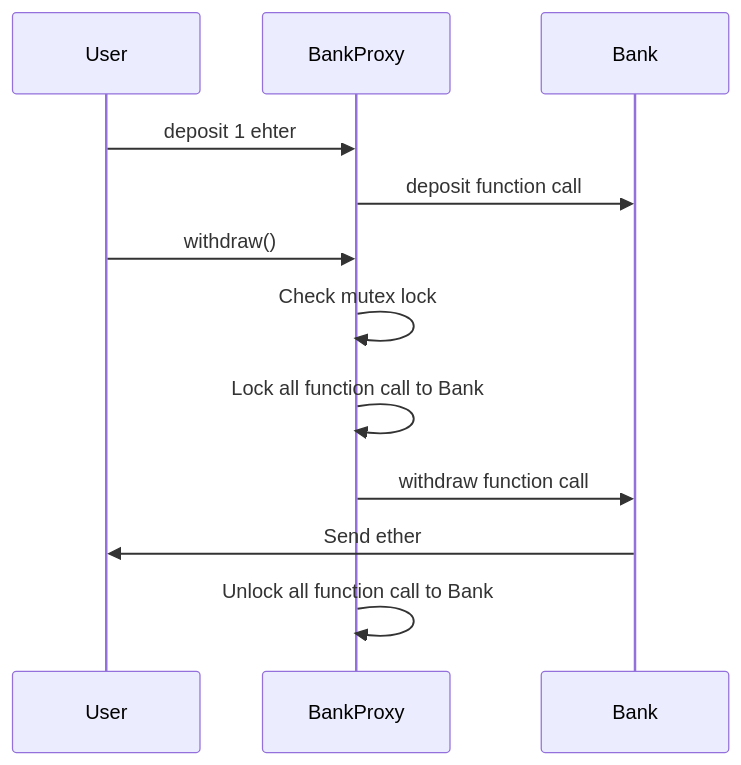
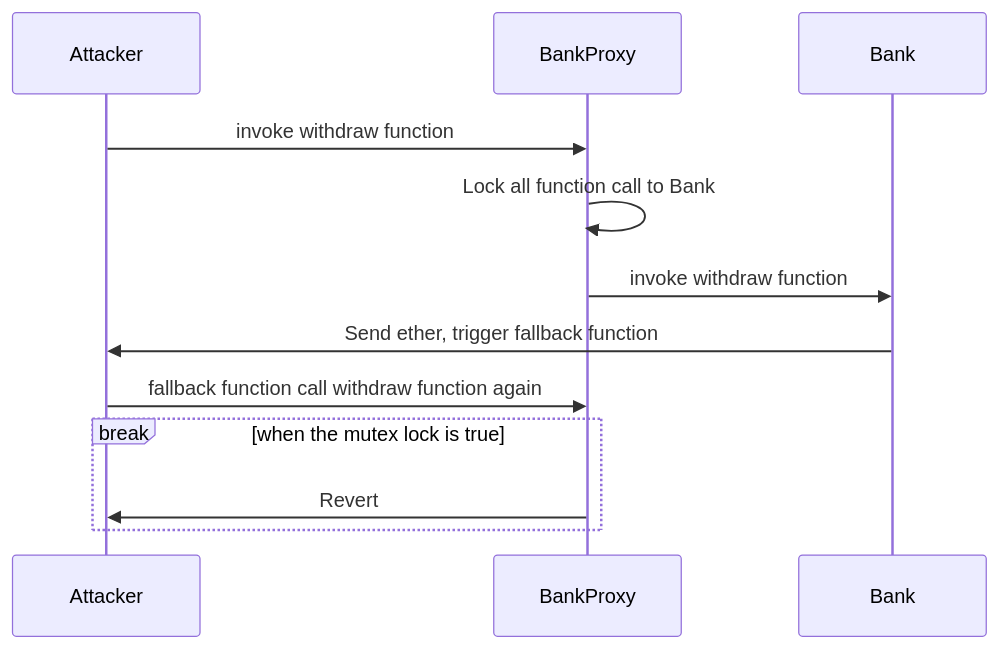
One commit to GaryHo34/blockchain-project changed the seventh of 8 diagrams in README.md. Above: the diagram before and after it, drawn with Mermaid. The commit also changed other lines of this file, not shown here.

````diff
--- a/README.md
+++ b/README.md
@@ -182,14 +185,14 @@
 ```mermaid
 sequenceDiagram
-    participant User
+    participant Attacker
     participant BankProxy
     participant Bank
-    User->>BankProxy: deposit 1 ehter
-    BankProxy->>Bank: deposit function call
-    User->>BankProxy: withdraw()
-    BankProxy->>BankProxy: Check mutex lock
+    Attacker->>BankProxy: invoke withdraw function
     BankProxy->>BankProxy: Lock all function call to Bank
-    BankProxy->>Bank: withdraw function call
-    Bank->>User: Send ether
-    BankProxy->>BankProxy: Unlock all function call to Bank
+    BankProxy->>Bank: invoke withdraw function
+    Bank->>Attacker: Send ether, trigger fallback function
+    Attacker->>BankProxy: fallback function call withdraw function again
+    Break when the mutex lock is true
+        BankProxy->>Attacker: Revert
+    end
 ```
````
